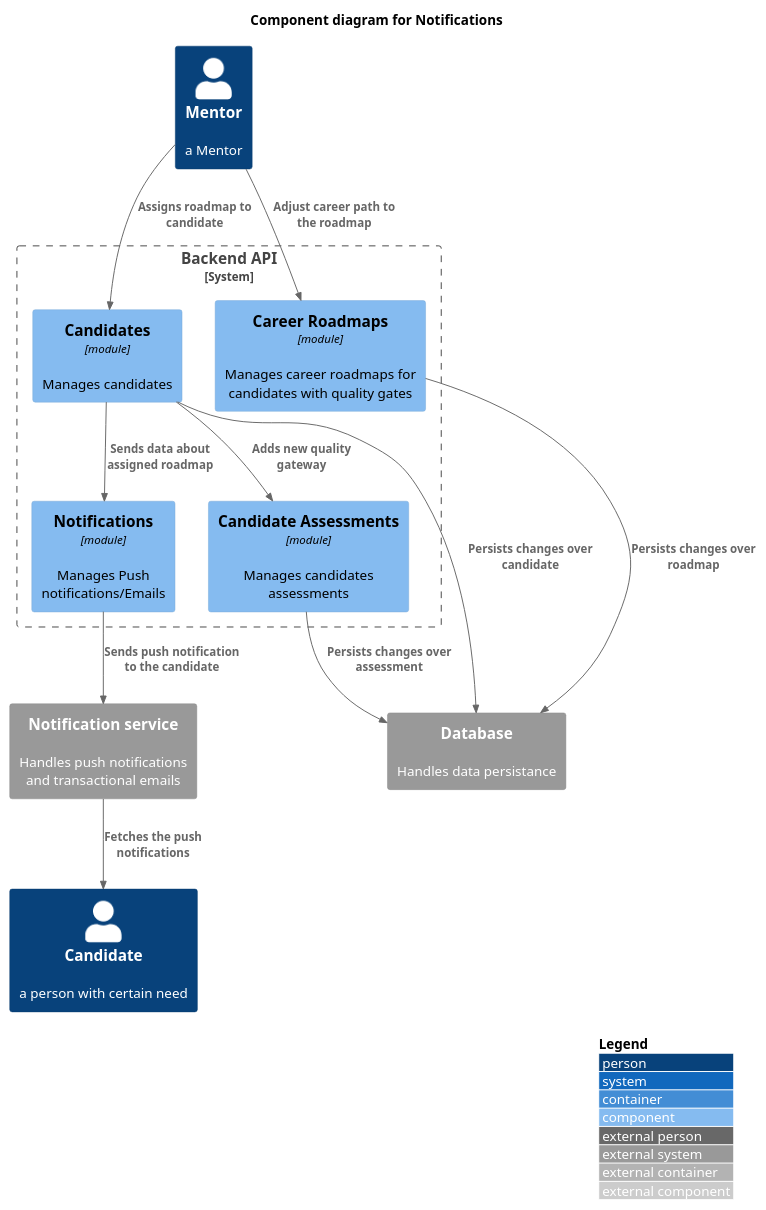
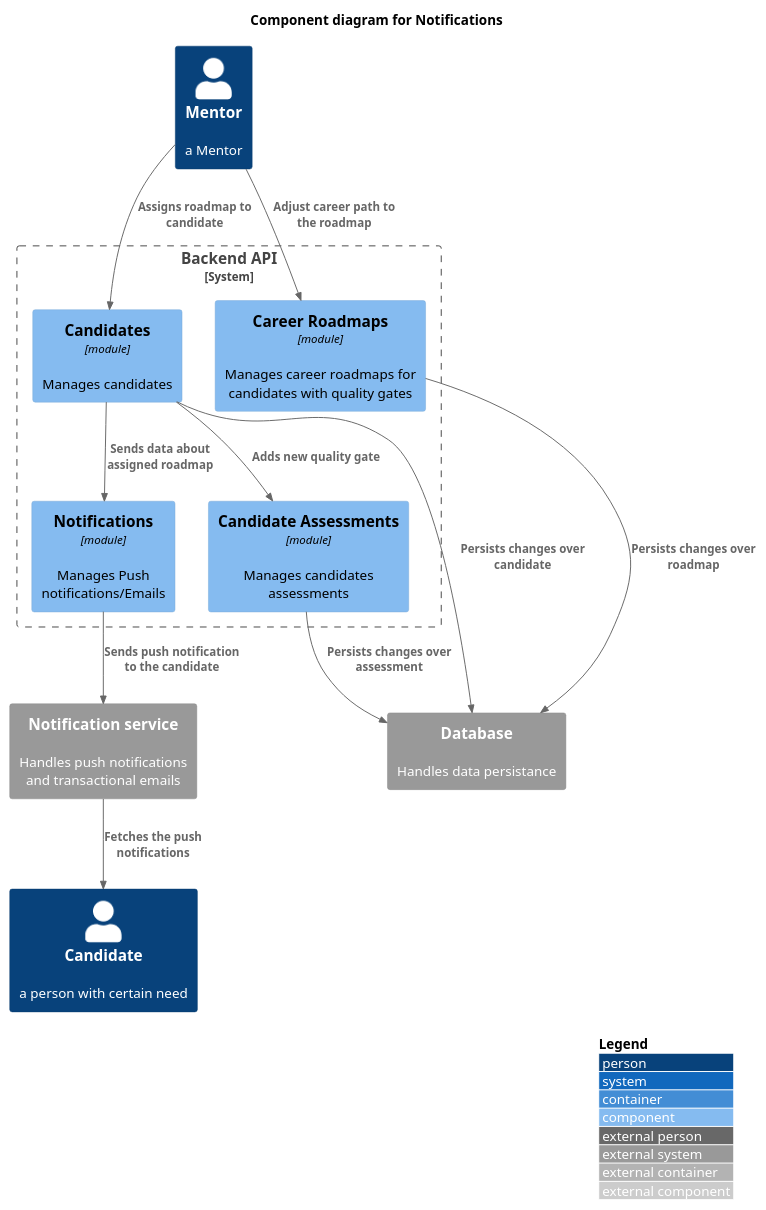
Before and after one commit to arch8s/spring-2022: the diagram in assets/plantuml/notifications.puml, drawn with PlantUML.

```diff
--- a/assets/plantuml/notifications.puml
+++ b/assets/plantuml/notifications.puml
@@ -1,36 +1,36 @@
 @startuml backend
 !includeurl https://raw.githubusercontent.com/RicardoNiepel/C4-PlantUML/release/1-0/C4_Component.puml
 
 title Component diagram for Notifications
 
 LAYOUT_WITH_LEGEND()
 
 Person(mentor, "Mentor", "a Mentor")
 Person(candidate, "Candidate", "a person with certain need")
 
 System_Boundary(api, "Backend API") {
     ' Notification component
     Component(notifications, "Notifications", "module", "Manages Push notifications/Emails")        
     Component(candidates, "Candidates", "module", "Manages candidates")
     Component(roadmaps, "Career Roadmaps", "module", "Manages career roadmaps for candidates with quality gates")
     Component(candidate_assessments, "Candidate Assessments", "module", "Manages candidates assessments")
 }
 
 System_Ext(ses, "Notification service", "Handles push notifications and transactional emails")
 System_Ext(rds, "Database", "Handles data persistance")
 
 Rel(mentor, roadmaps, "Adjust career path to the roadmap")
 Rel(mentor, candidates, "Assigns roadmap to candidate")
 
 Rel(candidates, notifications, "Sends data about assigned roadmap")
-Rel(candidates, candidate_assessments, "Adds new quality gateway")
+Rel(candidates, candidate_assessments, "Adds new quality gate")
 
 Rel(notifications, ses, "Sends push notification to the candidate")
 
 Rel(candidates, rds, "Persists changes over candidate")
 Rel(candidate_assessments, rds, "Persists changes over assessment")
 Rel(roadmaps, rds, "Persists changes over roadmap")
 
 Rel(ses, candidate, "Fetches the push notifications")
 
 @enduml
```
